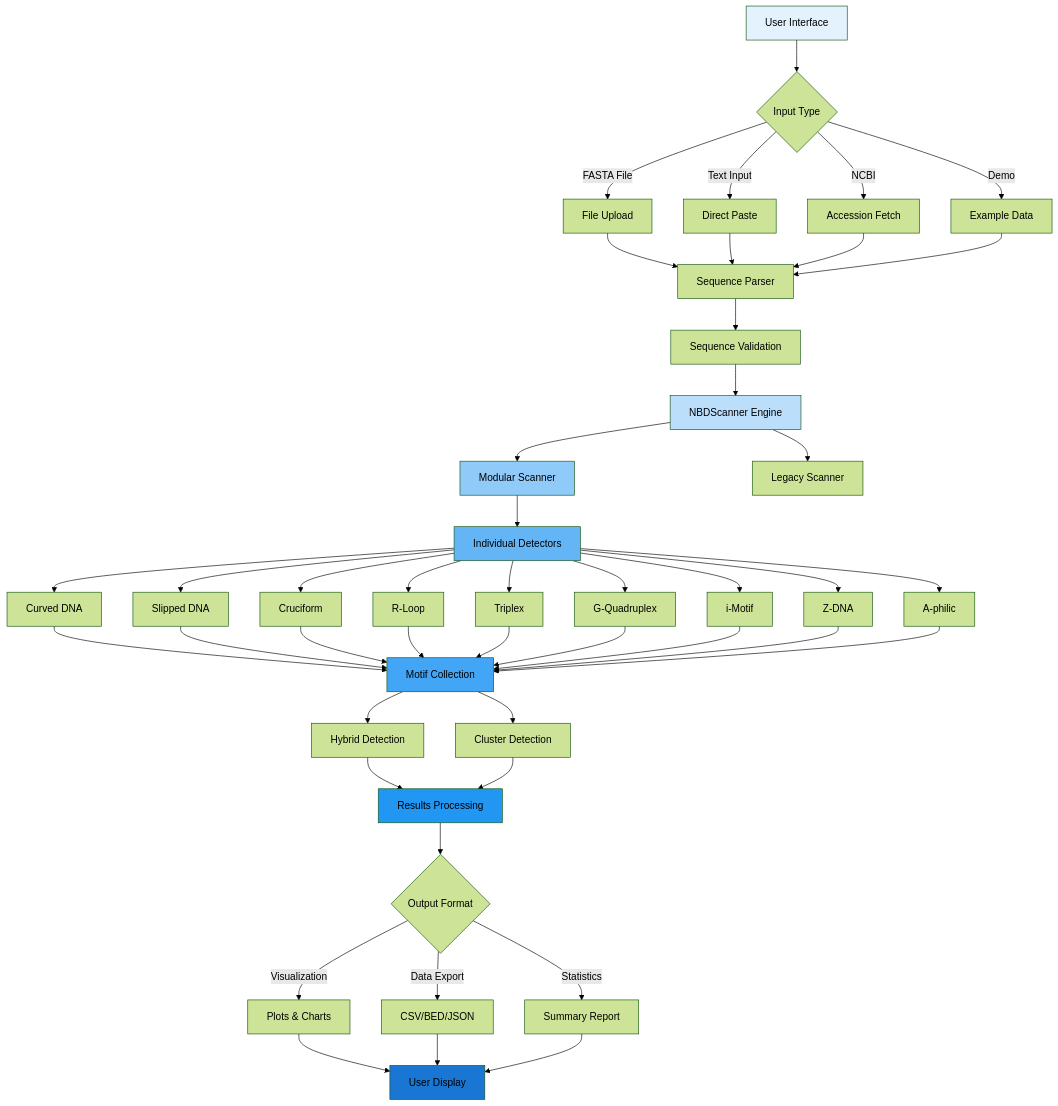
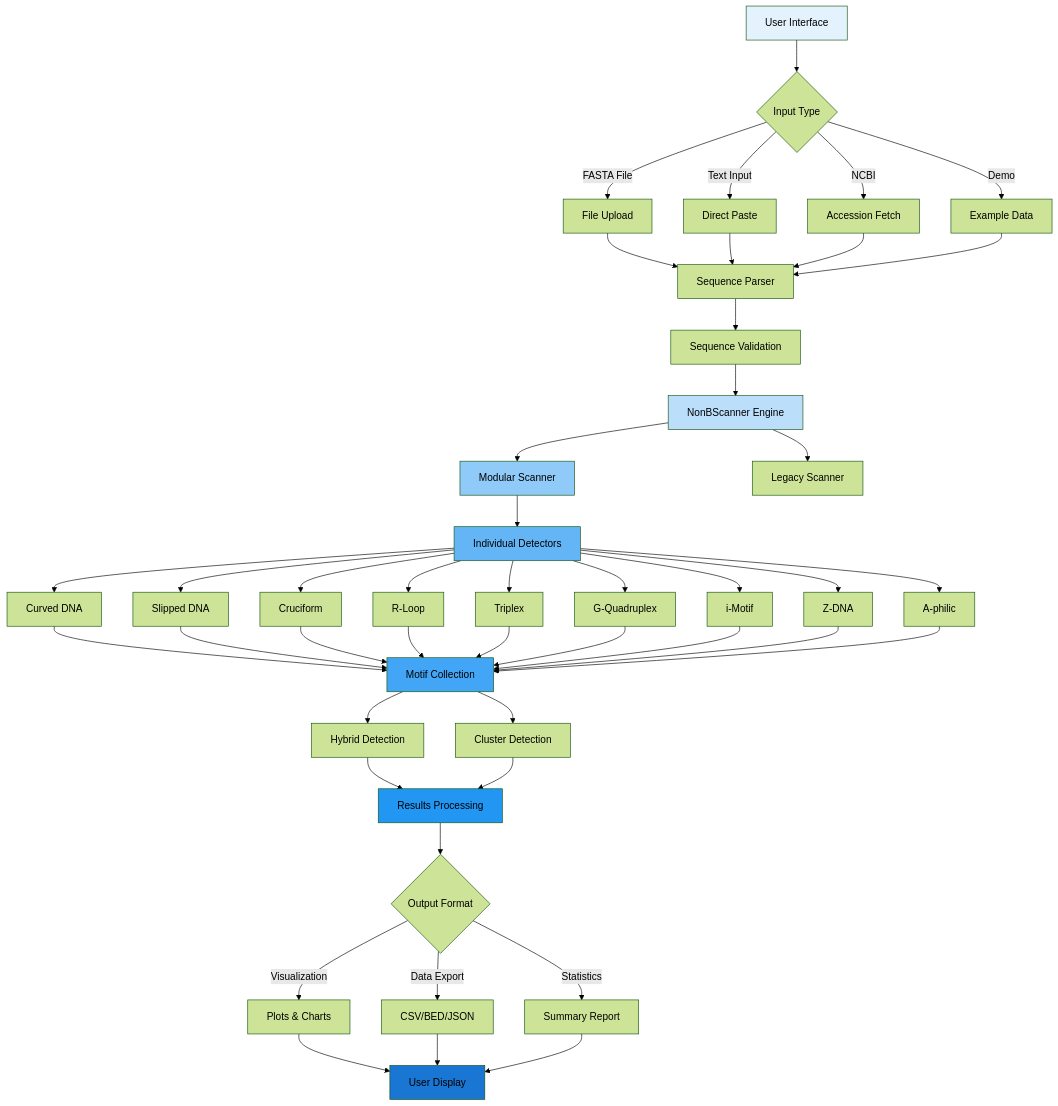
The first of 20 diagrams in VISUAL_FLOWCHARTS.md (VRYella/NonBScanner), drawn with Mermaid (forest theme) before and after one commit. The commit also changed other lines of this file and 3 other files, not shown here.

Commit message:
Fix naming consistency: NBDFinder → NonBScanner, standardize email addresses

````diff
--- a/VISUAL_FLOWCHARTS.md
+++ b/VISUAL_FLOWCHARTS.md
@@ -9,63 +9,63 @@
 ```mermaid
 graph TB
     A[User Interface] --> B{Input Type}
     B -->|FASTA File| C[File Upload]
     B -->|Text Input| D[Direct Paste]
     B -->|NCBI| E[Accession Fetch]
     B -->|Demo| F[Example Data]
     
     C --> G[Sequence Parser]
     D --> G
     E --> G
     F --> G
     
     G --> H[Sequence Validation]
-    H --> I[NBDScanner Engine]
+    H --> I[NonBScanner Engine]
     
     I --> J[Modular Scanner]
     I --> K[Legacy Scanner]
     
     J --> L[Individual Detectors]
     L --> L1[Curved DNA]
     L --> L2[Slipped DNA]
     L --> L3[Cruciform]
     L --> L4[R-Loop]
     L --> L5[Triplex]
     L --> L6[G-Quadruplex]
     L --> L7[i-Motif]
     L --> L8[Z-DNA]
     L --> L9[A-philic]
     
     L1 --> M[Motif Collection]
     L2 --> M
     L3 --> M
     L4 --> M
     L5 --> M
     L6 --> M
     L7 --> M
     L8 --> M
     L9 --> M
     
     M --> N[Hybrid Detection]
     M --> O[Cluster Detection]
     
     N --> P[Results Processing]
     O --> P
     
     P --> Q{Output Format}
     Q -->|Visualization| R[Plots & Charts]
     Q -->|Data Export| S[CSV/BED/JSON]
     Q -->|Statistics| T[Summary Report]
     
     R --> U[User Display]
     S --> U
     T --> U
     
     style A fill:#e3f2fd
     style I fill:#bbdefb
     style J fill:#90caf9
     style L fill:#64b5f6
     style M fill:#42a5f5
     style P fill:#2196f3
     style U fill:#1976d2
 ```
````
